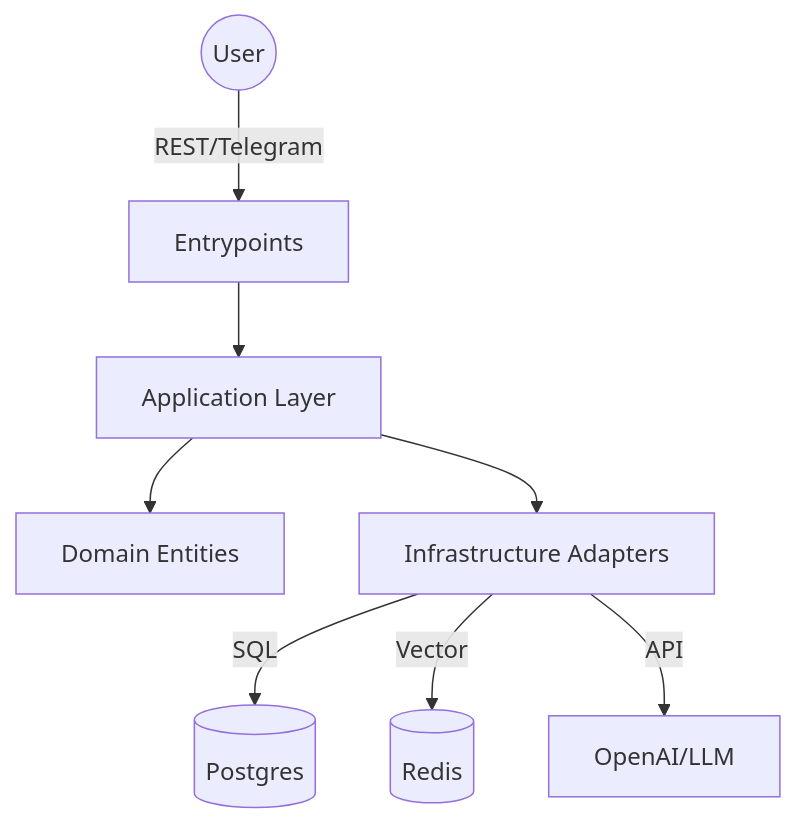
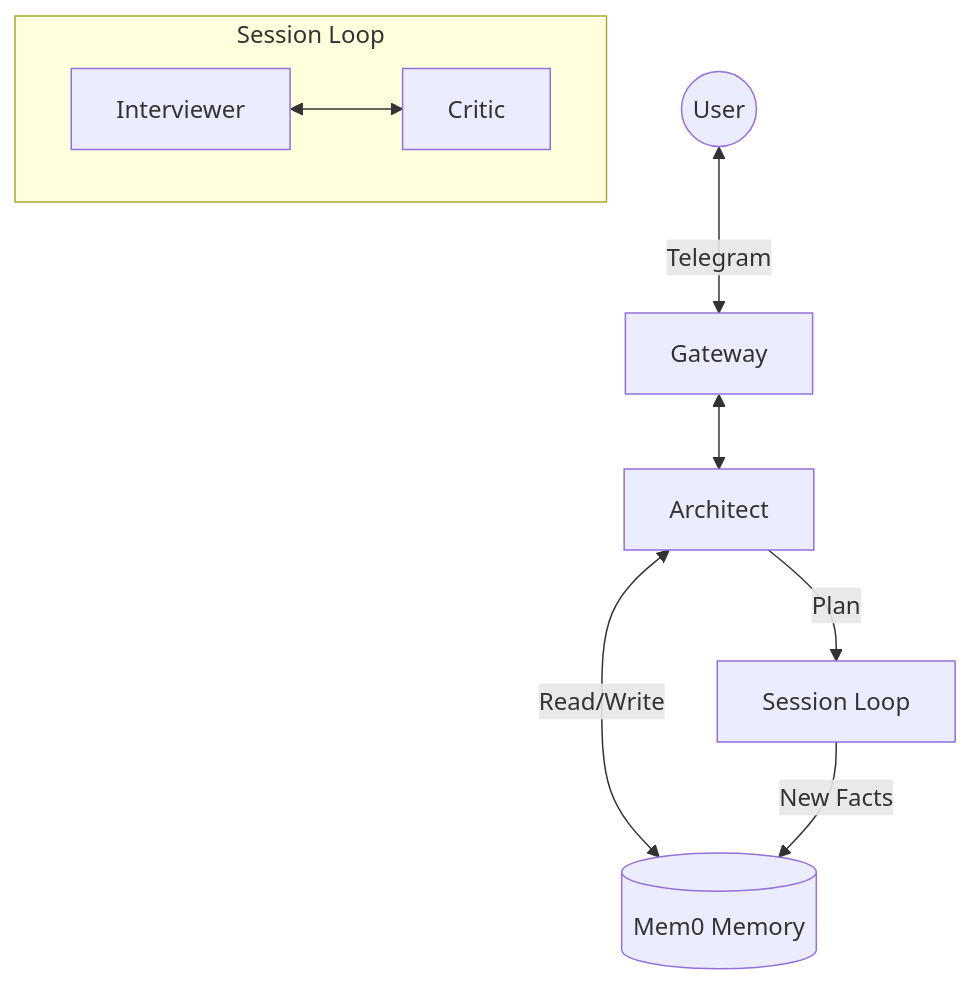
The diagram in README.md (ku113p/agent-interview), drawn with Mermaid before and after one commit. The commit also changed other lines of this file and 5 other files, not shown here.

````diff
--- a/README.md
+++ b/README.md
@@ -21,10 +34,11 @@
 ```mermaid
 graph TD
-    User((User)) -->|REST/Telegram| Entry[Entrypoints]
-    Entry --> App[Application Layer]
-    App --> Domain[Domain Entities]
-    App --> Infra[Infrastructure Adapters]
-    Infra -->|SQL| DB[(Postgres)]
-    Infra -->|Vector| Redis[(Redis)]
-    Infra -->|API| LLM[OpenAI/LLM]
+    User((User)) <-->|Telegram| Gateway
+    Gateway <--> Arch[Architect]
+    Arch <-->|Read/Write| Mem0[(Mem0 Memory)]
+    Arch -->|Plan| Session[Session Loop]
+    subgraph "Session Loop"
+        Interviewer <--> Critic
+    end
+    Session -->|New Facts| Mem0
 ```
````
